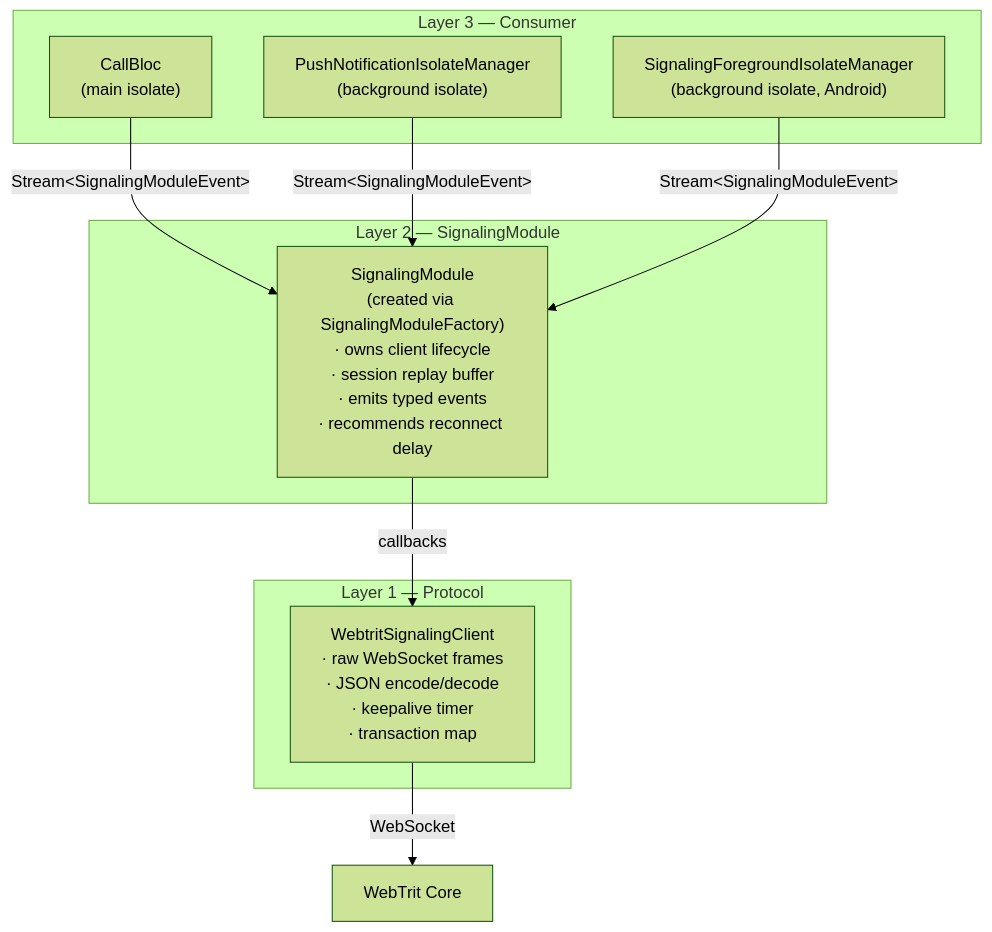
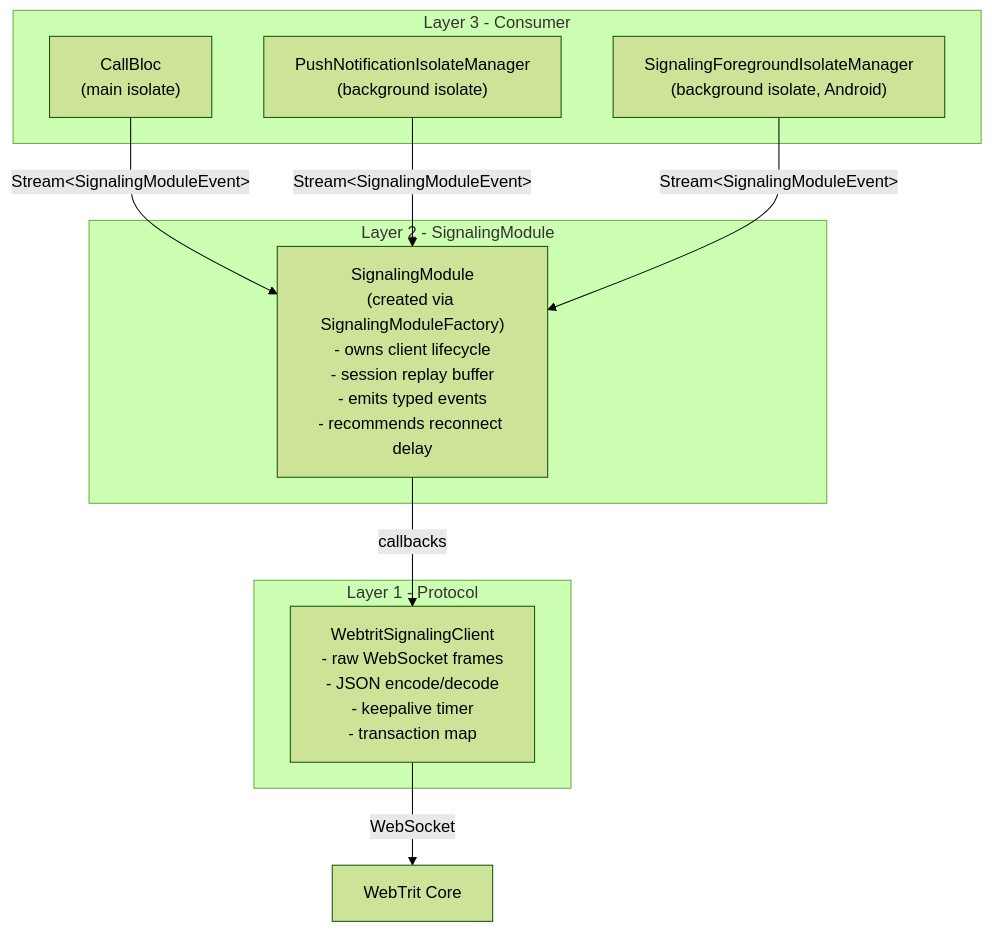
One commit to portaone/porta-phone-mobile-app changed the second of 6 diagrams in phone/packages/signaling_service/ARCHITECTURE.md. Above: the diagram before and after it, drawn with Mermaid (forest theme). The commit also changed other lines of this file and 43 other files, not shown here.

````diff
--- a/phone/packages/signaling_service/ARCHITECTURE.md
+++ b/phone/packages/signaling_service/ARCHITECTURE.md
@@ -34,20 +40,20 @@
 ```mermaid
 graph TD
-    subgraph "Layer 3 — Consumer"
+    subgraph "Layer 3 - Consumer"
         CB["CallBloc\n(main isolate)"]
         PIM["PushNotificationIsolateManager\n(background isolate)"]
         SFIM["SignalingForegroundIsolateManager\n(background isolate, Android)"]
     end
 
-    subgraph "Layer 2 — SignalingModule"
-        SM["SignalingModule\n(created via SignalingModuleFactory)\n· owns client lifecycle\n· session replay buffer\n· emits typed events\n· recommends reconnect delay"]
+    subgraph "Layer 2 - SignalingModule"
+        SM["SignalingModule\n(created via SignalingModuleFactory)\n- owns client lifecycle\n- session replay buffer\n- emits typed events\n- recommends reconnect delay"]
     end
 
-    subgraph "Layer 1 — Protocol"
-        WSC["WebtritSignalingClient\n· raw WebSocket frames\n· JSON encode/decode\n· keepalive timer\n· transaction map"]
+    subgraph "Layer 1 - Protocol"
+        WSC["WebtritSignalingClient\n- raw WebSocket frames\n- JSON encode/decode\n- keepalive timer\n- transaction map"]
     end
 
     CB & PIM & SFIM -->|" Stream&lt;SignalingModuleEvent&gt; "| SM
     SM -->|callbacks| WSC
     WSC -->|WebSocket| Server["WebTrit Core"]
 ```
````
